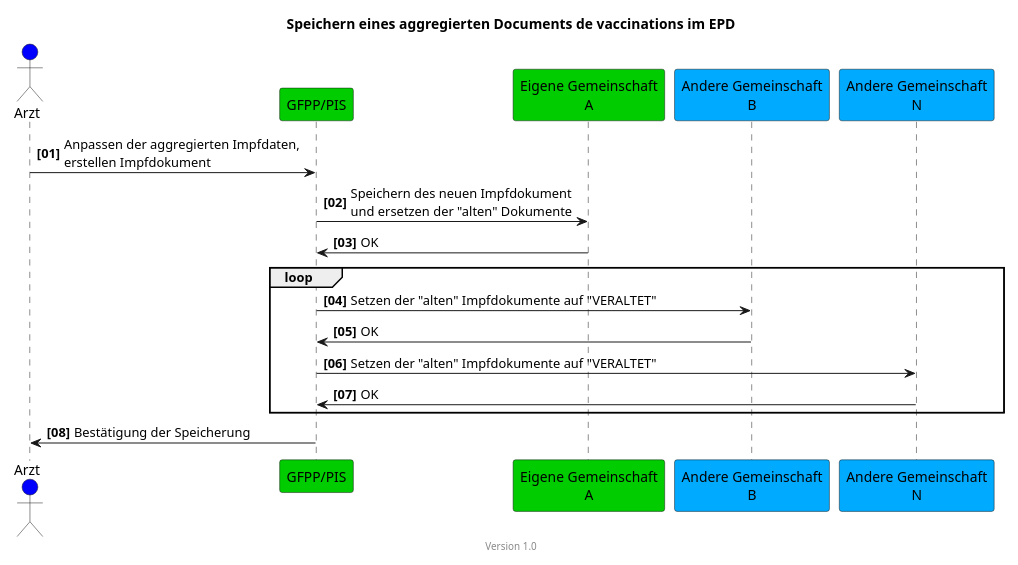
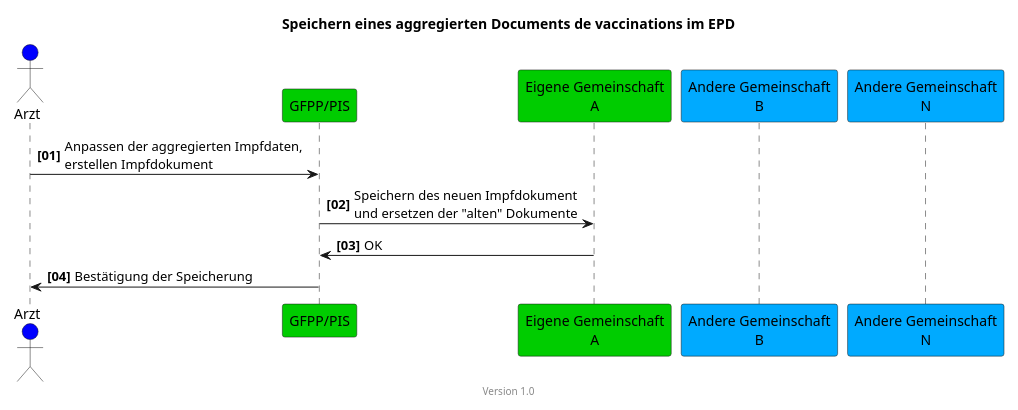
Before and after one commit to hl7ch/ch-vacd: the diagram in input/images-source/epd-save-and-replace-vaccination-doc-simple-de.plantuml, drawn with PlantUML. The commit also changed 11 other files, not shown here.

Commit message:
#194 precise and fix the sequence diagrams. remove pseudonomise and change GFPP/PIS for patient to Portal

```diff
--- a/input/images-source/epd-save-and-replace-vaccination-doc-simple-de.plantuml
+++ b/input/images-source/epd-save-and-replace-vaccination-doc-simple-de.plantuml
@@ -1,27 +1,27 @@
 @startuml
 title Speichern eines aggregierten Documents de vaccinations im EPD
 footer Version 1.0
 skinparam responseMessageBelowArrow true
 scale max 800 width
 
 actor Arzt #blue
 participant "GFPP/PIS" #00CC00
 participant "Eigene Gemeinschaft\nA" #00CC00
 participant "Andere Gemeinschaft\nB" #00aaff
 participant "Andere Gemeinschaft\nN" #00aaff
 
 autonumber "<b>[00]"
 Arzt -> "GFPP/PIS": Anpassen der aggregierten Impfdaten,\nerstellen Impfdokument
 "GFPP/PIS" -> "Eigene Gemeinschaft\nA": Speichern des neuen Impfdokument\nund ersetzen der "alten" Dokumente
 "Eigene Gemeinschaft\nA" -> "GFPP/PIS": OK
 
-loop
-"GFPP/PIS" -> "Andere Gemeinschaft\nB": Setzen der "alten" Impfdokumente auf "VERALTET"
-"Andere Gemeinschaft\nB" -> "GFPP/PIS": OK
+' loop
+' "GFPP/PIS" -> "Andere Gemeinschaft\nB": Setzen der "alten" Impfdokumente auf "VERALTET"
+' "Andere Gemeinschaft\nB" -> "GFPP/PIS": OK
 
-"GFPP/PIS" -> "Andere Gemeinschaft\nN": Setzen der "alten" Impfdokumente auf "VERALTET"
-"Andere Gemeinschaft\nN" -> "GFPP/PIS": OK
-end
+' "GFPP/PIS" -> "Andere Gemeinschaft\nN": Setzen der "alten" Impfdokumente auf "VERALTET"
+' "Andere Gemeinschaft\nN" -> "GFPP/PIS": OK
+' end
 "GFPP/PIS" -> Arzt: Bestätigung der Speicherung
 
 @enduml
```
